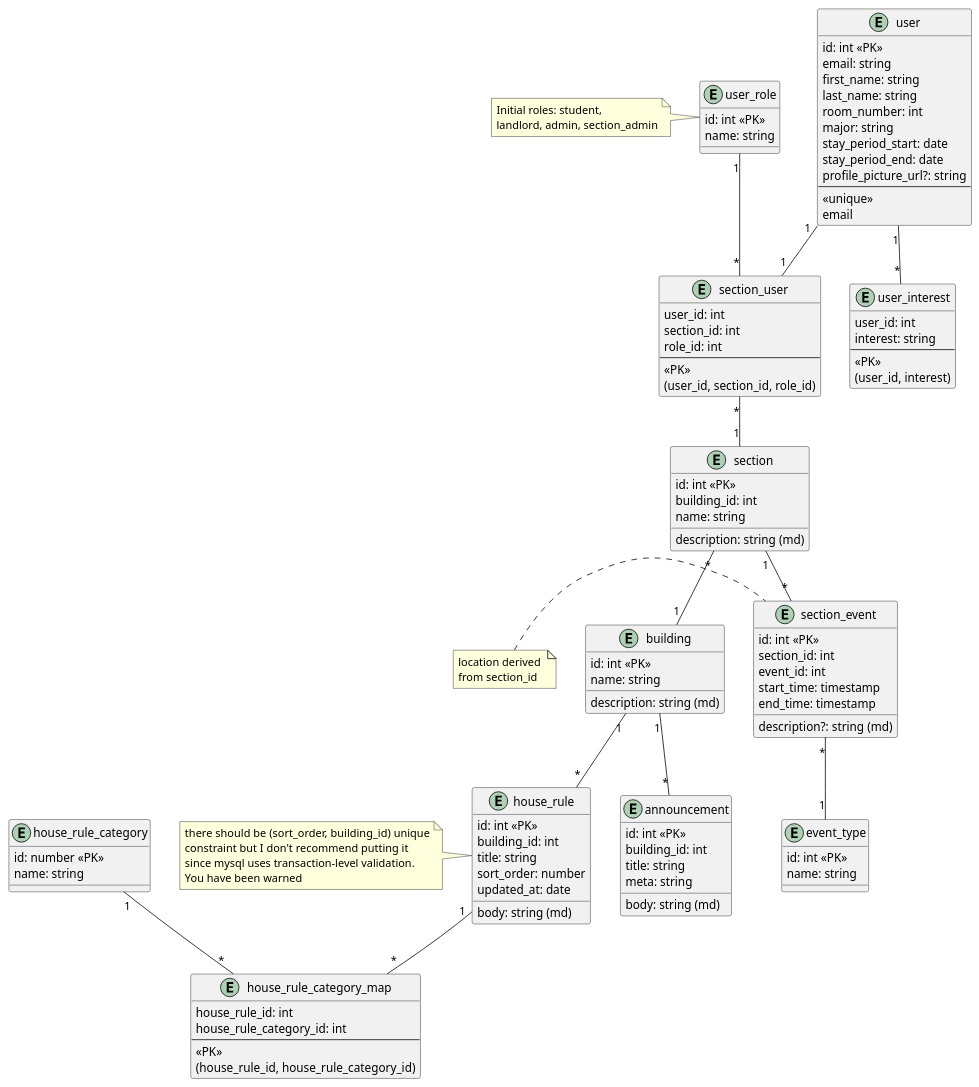
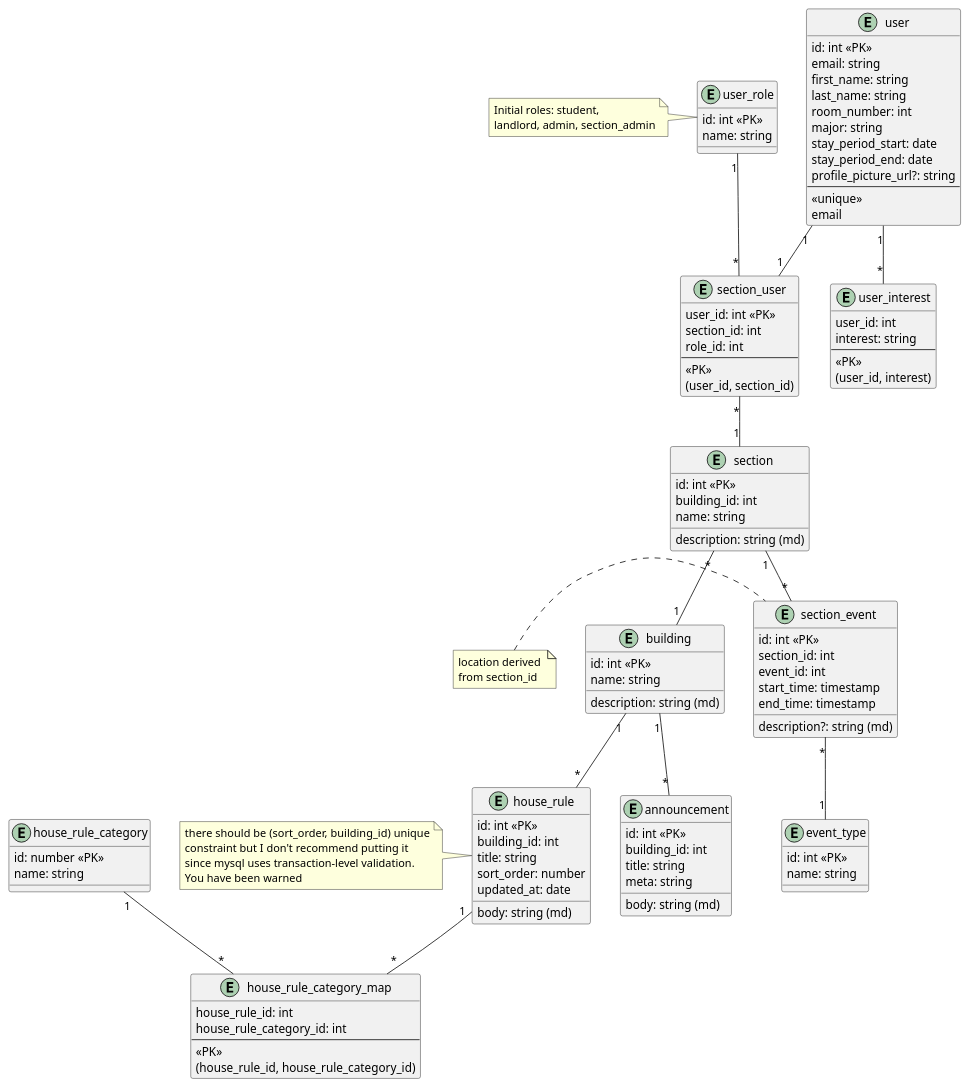
The diagram in schema.puml (sweden-fullstack/sweden-fullstack-group-project), drawn with PlantUML before and after one commit. The commit also changed 13 other files, not shown here.

```diff
--- a/schema.puml
+++ b/schema.puml
@@ -1,128 +1,128 @@
 @startuml
 
 entity user {
     id: int <<PK>>
     email: string
     first_name: string
     last_name: string
     room_number: int
     major: string
     stay_period_start: date
     stay_period_end: date
     profile_picture_url?: string
     ---
     <<unique>>
     email
 }
 ' Perhaps move room_number, stay_period_start and stay_period_end 
 ' to section_user since it makes more sense there?
 
 entity user_interest {
    user_id: int
    interest: string
    ---
    <<PK>>
    (user_id, interest)
 }
 
 entity section_user {
-    user_id: int
+    user_id: int <<PK>>
     section_id: int
     role_id: int
     ---
     <<PK>>
-    (user_id, section_id, role_id)
+    (user_id, section_id)
 }
 
 entity building {
     id: int <<PK>>
     name: string
     description: string (md)
 }
 
 entity section {
     id: int <<PK>>
     building_id: int
     name: string
     description: string (md)
 }
 
 entity announcement {
     id: int <<PK>>
     building_id: int
     title: string
     meta: string
     body: string (md)
 }
 
 entity section_event {
     id: int <<PK>>
     section_id: int
     event_id: int
     description?: string (md)
     start_time: timestamp
     end_time: timestamp
 }
 
 note left of section_event
    location derived 
    from section_id
 end note
 
 entity event_type {
     id: int <<PK>>
     name: string
 }
 
 entity user_role {
    id: int <<PK>>
    name: string
 }
 
 note left of user_role
    Initial roles: student, 
    landlord, admin, section_admin
 end note
 
 entity house_rule {
     id: int <<PK>>
     building_id: int
     title: string
     body: string (md)
     sort_order: number
     updated_at: date
 }
 
 note left of house_rule
    there should be (sort_order, building_id) unique
    constraint but I don't recommend putting it
    since mysql uses transaction-level validation.
    You have been warned
 end note
 
 entity house_rule_category_map {
    house_rule_id: int
    house_rule_category_id: int
    ---
    <<PK>>
    (house_rule_id, house_rule_category_id)
 }
 
 entity house_rule_category {
     id: number <<PK>>
     name: string
 }
 
 user "1" -- "1" section_user
 user "1" -- "*" user_interest
 user_role "1" -- "*" section_user
 section_user "*" -- "1" section
 section "1" -- "*" section_event
 section "*" -- "1" building
 section_event "*" -- "1" event_type
 building "1" -- "*" announcement
 building "1" -- "*" house_rule
 house_rule "1" -- "*" house_rule_category_map
 house_rule_category "1" -- "*" house_rule_category_map
 
 @enduml
```
